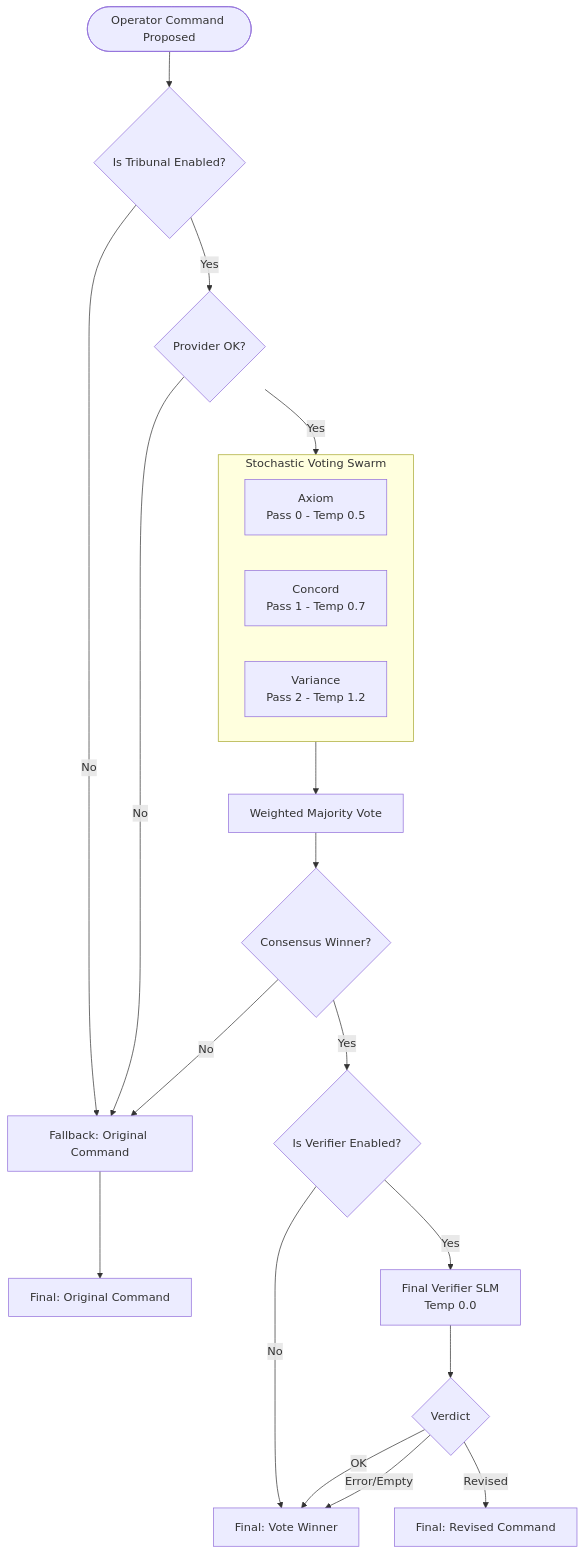
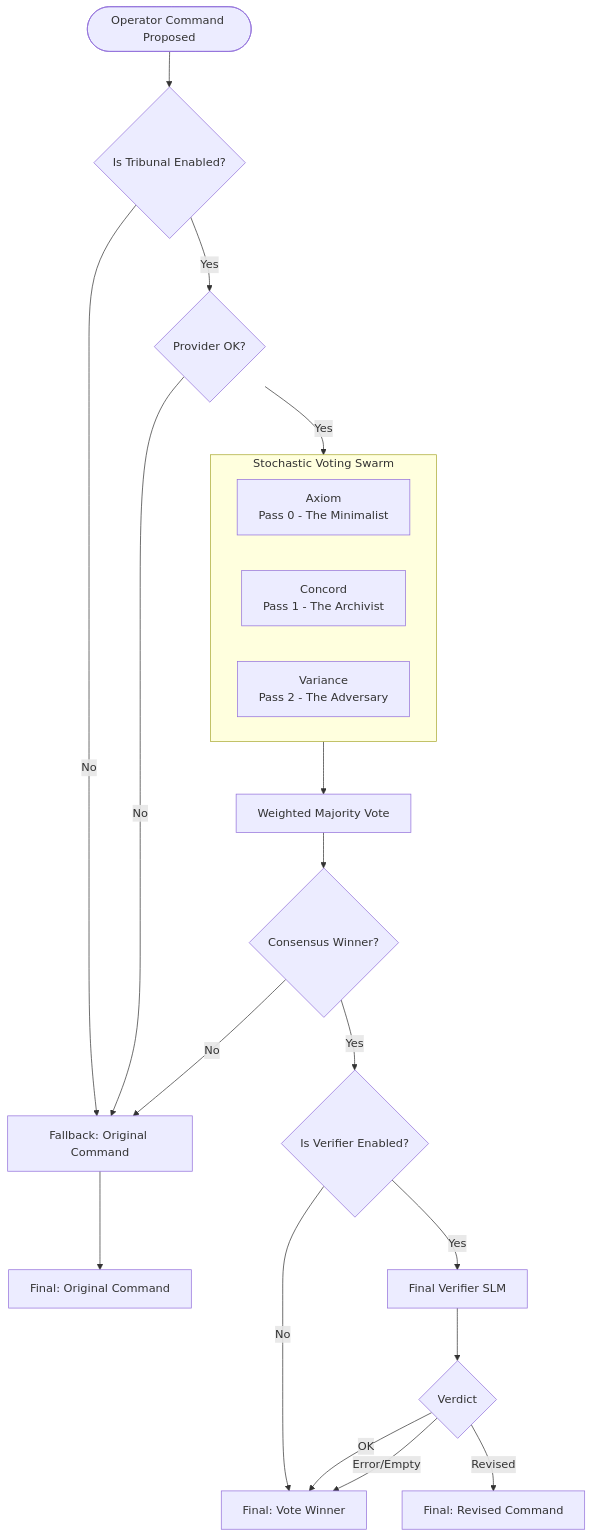
One commit to g8e-ai/g8e changed the fourth of 4 diagrams in docs/architecture/ai_agents.md. Above: the diagram before and after it, drawn with Mermaid. The commit also changed other lines of this file and 25 other files, not shown here.

````diff
--- a/docs/architecture/ai_agents.md
+++ b/docs/architecture/ai_agents.md
@@ -681,33 +681,33 @@
 ```mermaid
 flowchart TD
     In([Operator Command Proposed]) --> Enabled{Is Tribunal Enabled?}
     
     Enabled -- No --> Fallback[Fallback: Original Command]
     Enabled -- Yes --> Provider{Provider OK?}
     
     Provider -- No --> Fallback
     Provider -- Yes --> Gen[Parallel Generation Phase]
     
     subgraph Gen [Stochastic Voting Swarm]
         direction LR
-        P1[Axiom<br/>Pass 0 - Temp 0.5]
-        P2[Concord<br/>Pass 1 - Temp 0.7]
-        P3[Variance<br/>Pass 2 - Temp 1.2]
+        P1[Axiom<br/>Pass 0 - The Minimalist]
+        P2[Concord<br/>Pass 1 - The Archivist]
+        P3[Variance<br/>Pass 2 - The Adversary]
     end
     
     Gen --> Vote[Weighted Majority Vote]
     Vote --> Winner{Consensus Winner?}
     
     Winner -- No --> Fallback
     Winner -- Yes --> VerifierEnabled{Is Verifier Enabled?}
     
     VerifierEnabled -- No --> OutVote[Final: Vote Winner]
-    VerifierEnabled -- Yes --> Verify[Final Verifier SLM<br/>Temp 0.0]
+    VerifierEnabled -- Yes --> Verify[Final Verifier SLM]
     
     Verify --> Review{Verdict}
     Review -- OK --> OutVote
     Review -- Error/Empty --> OutVote
     Review -- Revised --> OutRev[Final: Revised Command]
     
     Fallback --> OutFall[Final: Original Command]
 ```
````
